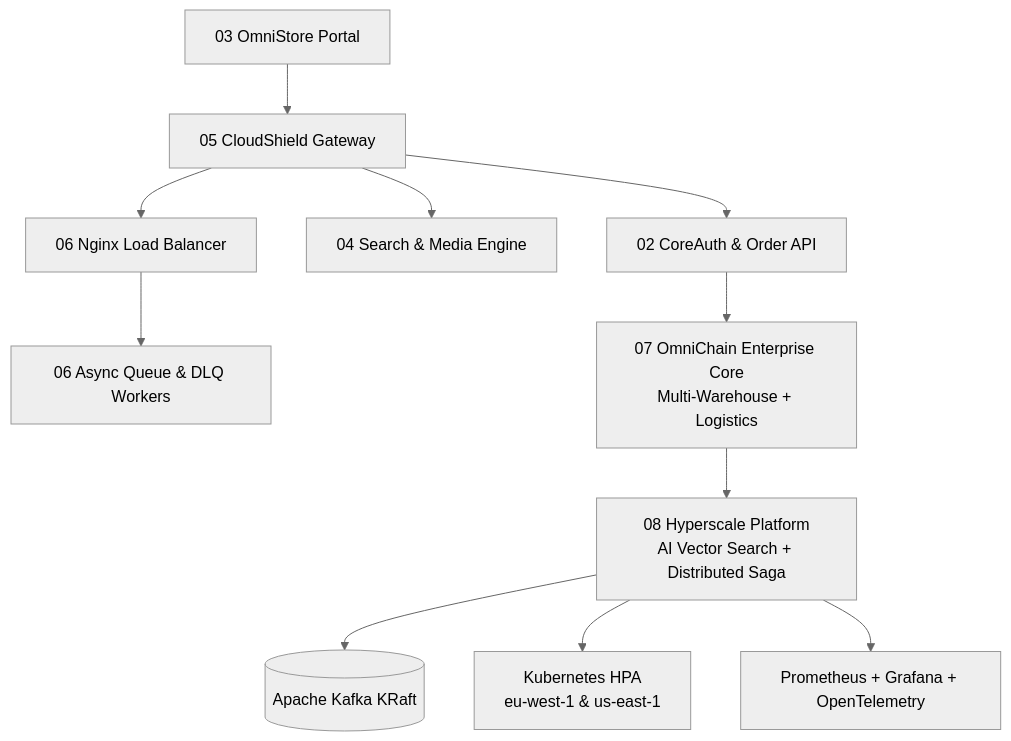
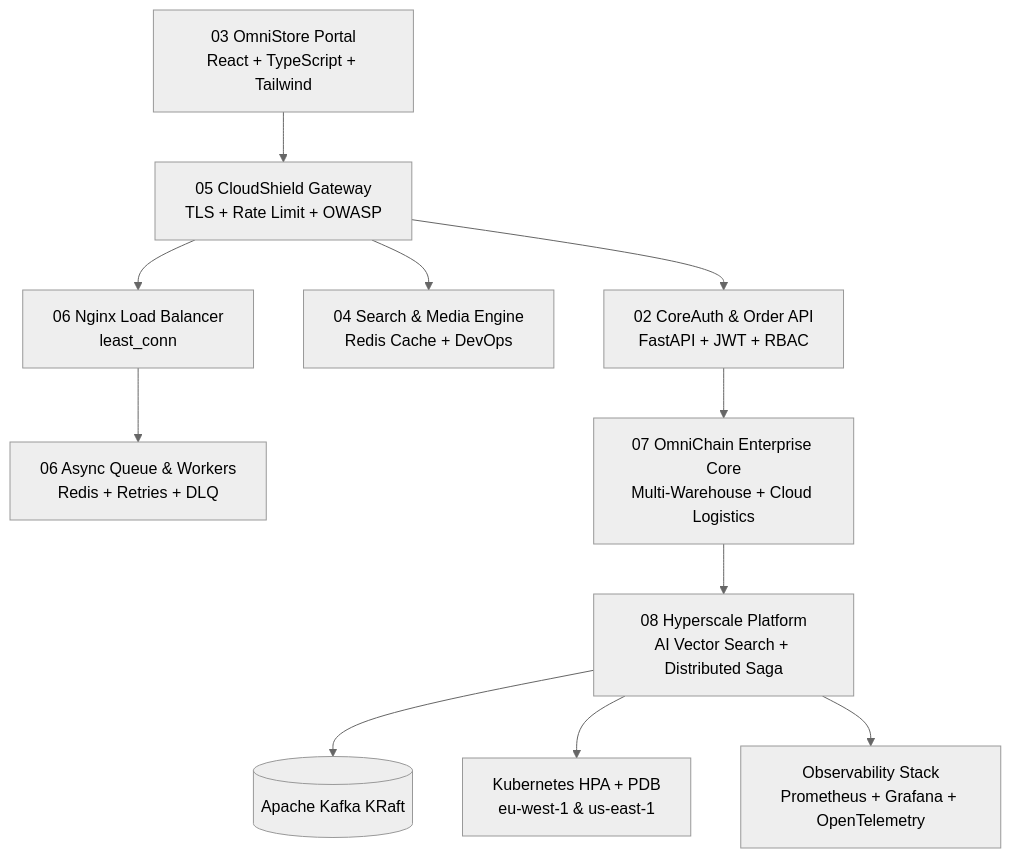
Before and after one commit to sourajahan/OmniChain-FullStack-Roadmap: the diagram in README.md, drawn with Mermaid (neutral theme). The commit also changed other lines of this file, not shown here.

Commit message:
docs: polish root README with visual badges, quick-nav, tech stack, and quick-start

````diff
--- a/README.md
+++ b/README.md
@@ -27,13 +40,13 @@
 ```mermaid
 flowchart TB
-    Portal[03 OmniStore Portal] --> Shield[05 CloudShield Gateway]
-    Shield --> Auth[02 CoreAuth & Order API]
-    Shield --> Search[04 Search & Media Engine]
-    Shield --> LB[06 Nginx Load Balancer]
-    LB --> Queue[06 Async Queue & DLQ Workers]
-    Auth --> Core[07 OmniChain Enterprise Core<br/>Multi-Warehouse + Logistics]
-    Core --> Hyper[08 Hyperscale Platform<br/>AI Vector Search + Distributed Saga]
-    Hyper --> Kafka[(Apache Kafka KRaft)]
-    Hyper --> K8s[Kubernetes HPA<br/>eu-west-1 & us-east-1]
-    Hyper --> Obs[Prometheus + Grafana + OpenTelemetry]
+    Portal["03 OmniStore Portal<br/>React + TypeScript + Tailwind"] --> Shield["05 CloudShield Gateway<br/>TLS + Rate Limit + OWASP"]
+    Shield --> Auth["02 CoreAuth & Order API<br/>FastAPI + JWT + RBAC"]
+    Shield --> Search["04 Search & Media Engine<br/>Redis Cache + DevOps"]
+    Shield --> LB["06 Nginx Load Balancer<br/>least_conn"]
+    LB --> Queue["06 Async Queue & Workers<br/>Redis + Retries + DLQ"]
+    Auth --> Core["07 OmniChain Enterprise Core<br/>Multi-Warehouse + Cloud Logistics"]
+    Core --> Hyper["08 Hyperscale Platform<br/>AI Vector Search + Distributed Saga"]
+    Hyper --> Kafka[("Apache Kafka KRaft")]
+    Hyper --> K8s["Kubernetes HPA + PDB<br/>eu-west-1 & us-east-1"]
+    Hyper --> Obs["Observability Stack<br/>Prometheus + Grafana + OpenTelemetry"]
 ```
````
